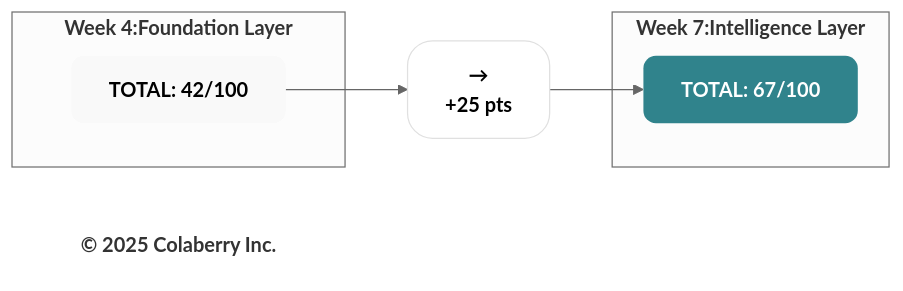
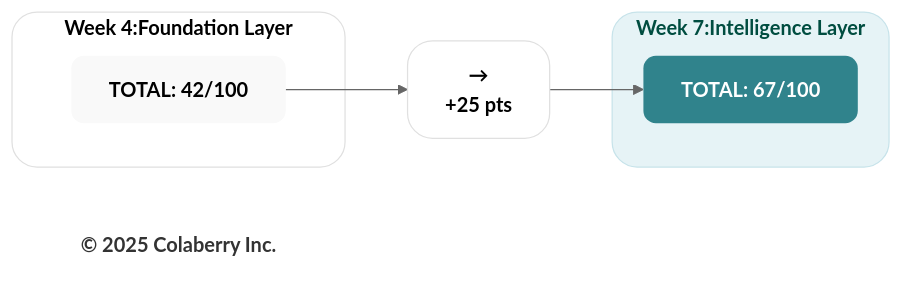
Diagram 12 of 13 in manuscript/06_chapter_5_intelligence_layers.md (saitejesh-cyber/trust-before-intelligence-book), drawn with Mermaid (neutral theme) before and after one commit. The commit also changed other lines of this file and 1 other file, not shown here.

Commit message:
fixes for few diagrams

````diff
--- a/manuscript/06_chapter_5_intelligence_layers.md
+++ b/manuscript/06_chapter_5_intelligence_layers.md
@@ -1131,22 +1132,24 @@
 ```mermaid
 graph LR
-    subgraph "<b>Week 4:Foundation Layer</b>"
+    subgraph WEEK4["<b>Week 4:Foundation Layer</b>"]
         W4_TOTAL["<b>TOTAL: 42/100</b>"]
     end
     
     ARROW["<b>→</b><br/><b>+25 pts</b>"]
     
-    subgraph "<b>Week 7:Intelligence Layer</b>"
+    subgraph WEEK7["<b>Week 7:Intelligence Layer</b>"]
         W7_TOTAL["<b>TOTAL: 67/100</b>"]
     end
     
     Copyright["<b>© 2025 Colaberry Inc.</b>"]
     
     W4_TOTAL --> ARROW
     ARROW --> W7_TOTAL
     
     style W4_TOTAL fill:#f9f9f9,stroke:none,color:#000000,rx:10,ry:10
     style ARROW fill:#ffffff,stroke:#e0e0e0,stroke-width:1px,color:#000000,rx:20,ry:20
     style W7_TOTAL fill:#30838C,stroke:none,color:#ffffff,rx:10,ry:10
+    style WEEK4 fill:#ffffff,stroke:#e0e0e0,stroke-width:1px,color:#000000,rx:20,ry:20
+    style WEEK7 fill:#e6f3f6,stroke:#c7e3ea,stroke-width:1px,color:#004d40,rx:20,ry:20
     style Copyright fill:none,stroke:none,color:#333333
 ```
````
